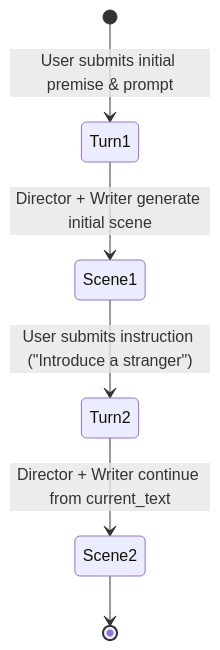
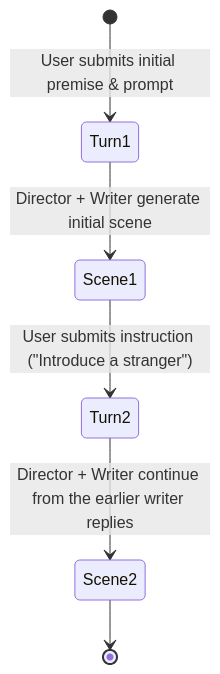
Before and after one commit to tangcc35/slm-vlm-post-training: the third of 4 diagrams in .agents/skills/story-copilot/references/story-workflow-graph.md, drawn with Mermaid. The commit also changed other lines of this file and 23 other files, not shown here.

````diff
--- a/.agents/skills/story-copilot/references/story-workflow-graph.md
+++ b/.agents/skills/story-copilot/references/story-workflow-graph.md
@@ -152,8 +127,8 @@
 ```mermaid
 stateDiagram-v2
     [*] --> Turn1: User submits initial premise & prompt
     Turn1 --> Scene1: Director + Writer generate initial scene
     Scene1 --> Turn2: User submits instruction ("Introduce a stranger")
-    Turn2 --> Scene2: Director + Writer continue from current_text
+    Turn2 --> Scene2: Director + Writer continue from the earlier writer replies
     Scene2 --> [*]
 ```
````
